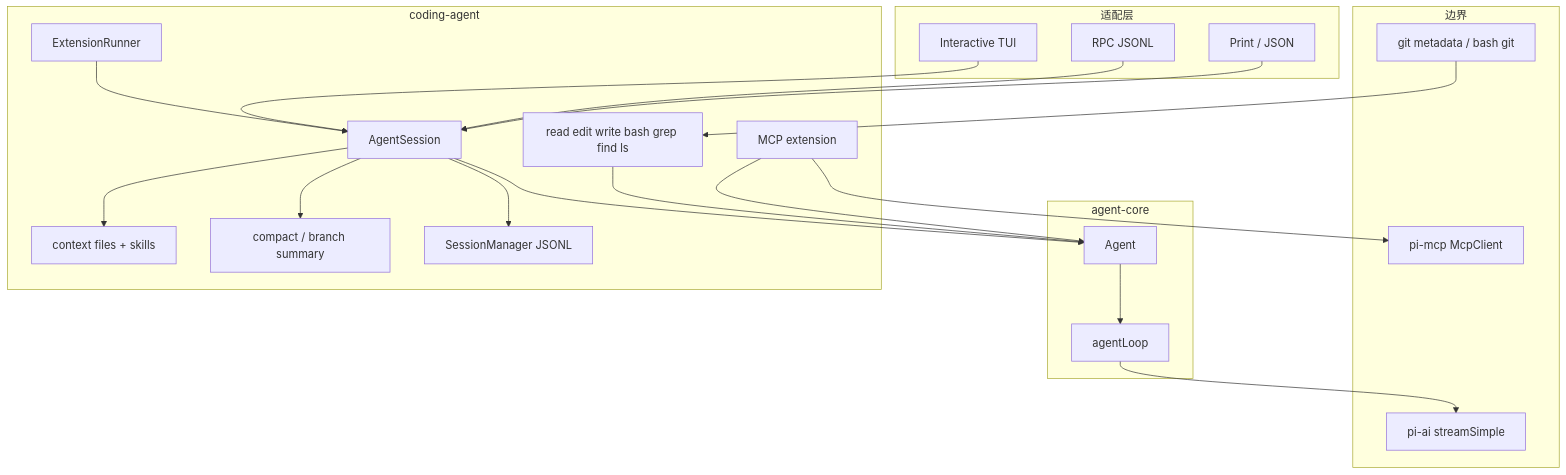
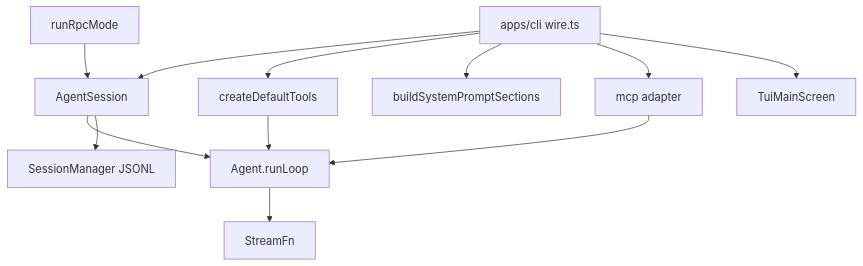
The diagram in docs/pi-agent/index.md (LosAveRoad/interview-prep), drawn with Mermaid before and after one commit. The commit also changed other lines of this file and 15 other files, not shown here.

````diff
--- a/docs/pi-agent/index.md
+++ b/docs/pi-agent/index.md
@@ -47,40 +615,15 @@
 ```mermaid
 flowchart TB
-  subgraph surfaces [适配层]
-    tui[Interactive TUI]
-    rpc[RPC JSONL]
-    print[Print / JSON]
-  end
-  subgraph coding [coding-agent]
-    session[AgentSession]
-    store[SessionManager JSONL]
-    compact[compact / branch summary]
-    resources[context files + skills]
-    tools[read edit write bash grep find ls]
-    ext[ExtensionRunner]
-    mcpExt[MCP extension]
-  end
-  subgraph core [agent-core]
-    agent[Agent]
-    loop[agentLoop]
-  end
-  subgraph edges [边界]
-    ai[pi-ai streamSimple]
-    mcp[pi-mcp McpClient]
-    gitmeta[git metadata / bash git]
-  end
-  tui --> session
-  rpc --> session
-  print --> session
-  session --> agent
-  session --> store
-  session --> compact
-  session --> resources
-  ext --> session
-  mcpExt --> mcp
-  mcpExt --> agent
-  agent --> loop
-  loop --> ai
+  cli[apps/cli wire.ts]
+  cli --> session[AgentSession]
+  cli --> tools[createDefaultTools]
+  cli --> resources[buildSystemPromptSections]
+  cli --> mcp[mcp adapter]
+  cli --> tui[TuiMainScreen]
+  rpc[runRpcMode] --> session
+  session --> agent[Agent.runLoop]
+  session --> jsonl[SessionManager JSONL]
+  agent --> llm[StreamFn]
   tools --> agent
-  gitmeta --> tools
+  mcp --> agent
 ```
````
